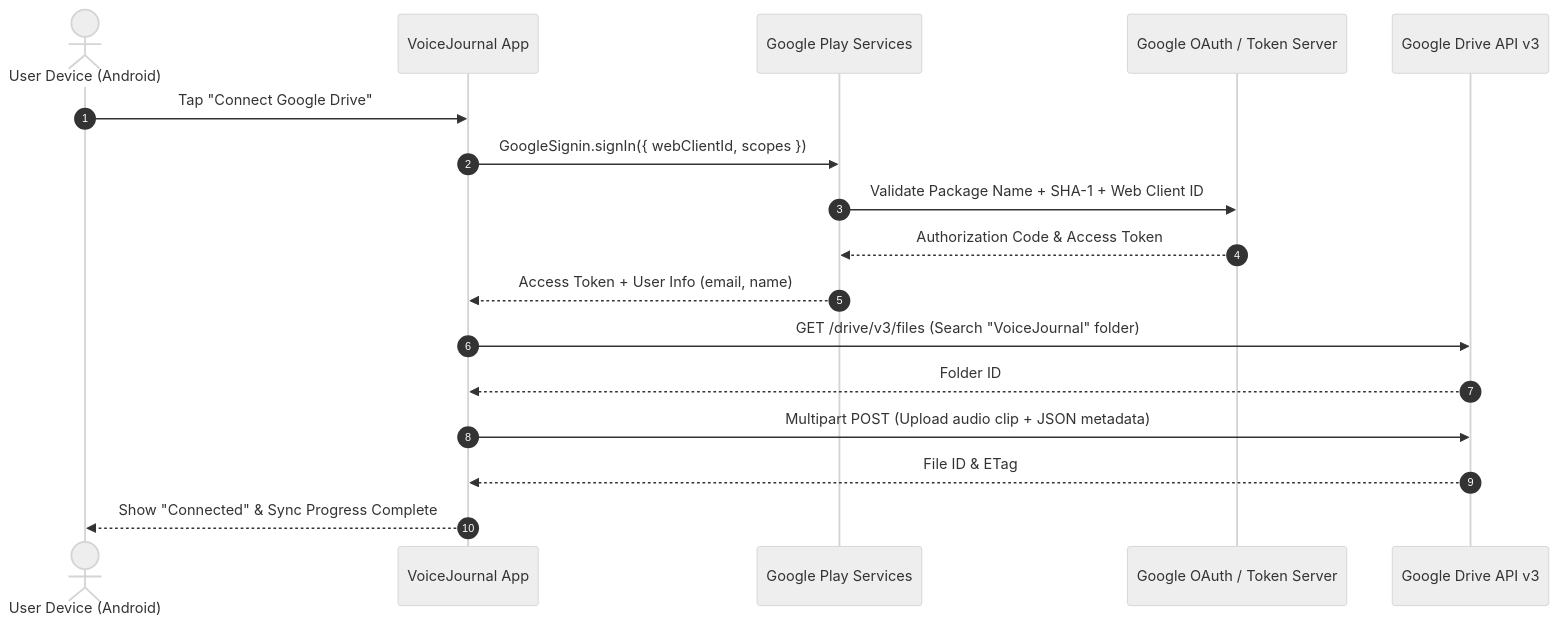
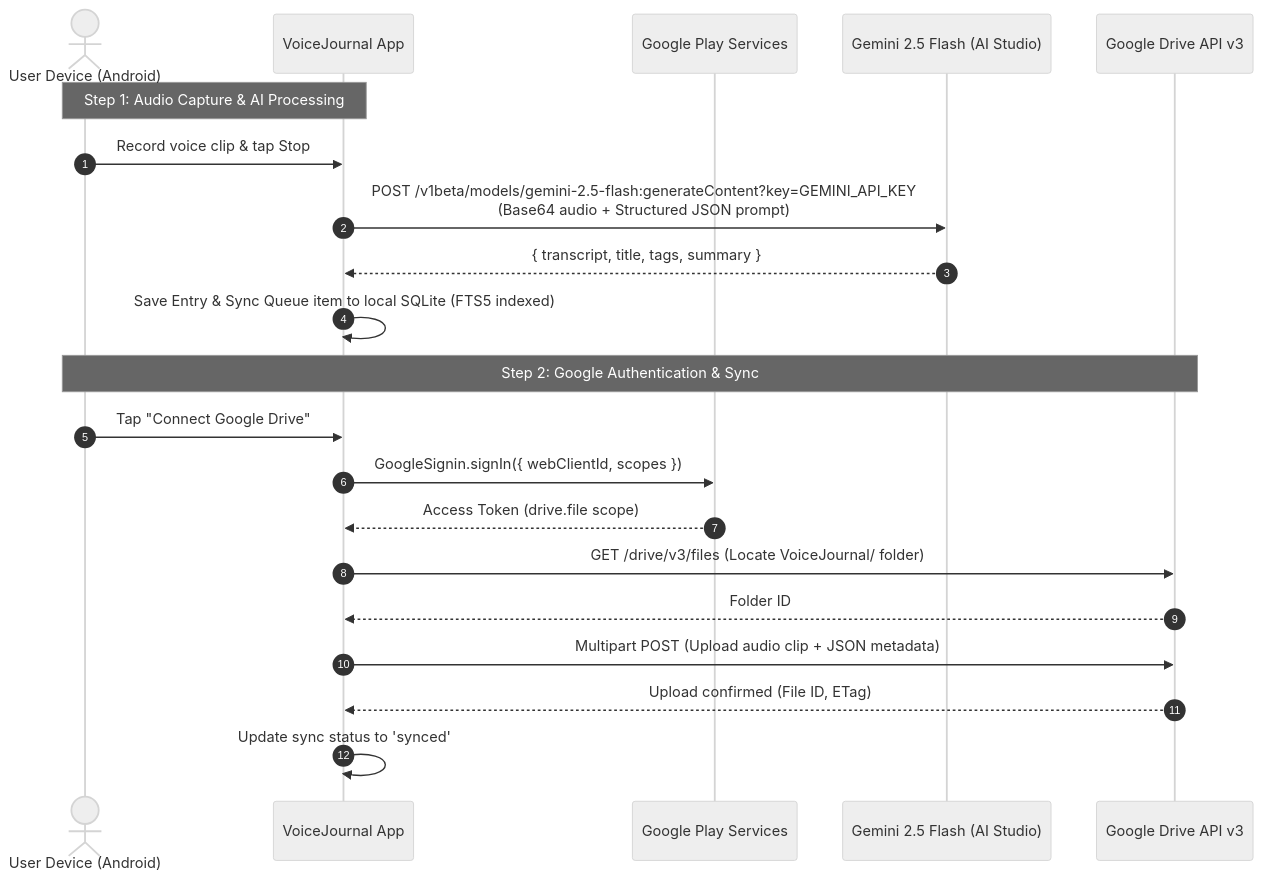
One commit to ejfn/voice-journal-app changed the diagram in docs/plans/2026-09-19_gcp-setup-plan.md. Above: the diagram before and after it, drawn with Mermaid (neutral theme). The commit also changed other lines of this file and 2 other files, not shown here.

First line of the commit message:
docs: add Gemini API key setup instructions to setup plan (#2)

````diff
--- a/docs/plans/2026-09-19_gcp-setup-plan.md
+++ b/docs/plans/2026-09-19_gcp-setup-plan.md
@@ -25,20 +28,25 @@
 ```mermaid
 sequenceDiagram
     autonumber
     actor User as User Device (Android)
     participant App as VoiceJournal App
     participant GPS as Google Play Services
-    participant GCP as Google OAuth / Token Server
+    participant Gemini as Gemini 2.5 Flash (AI Studio)
     participant Drive as Google Drive API v3
 
+    Note over User,App: Step 1: Audio Capture & AI Processing
+    User->>App: Record voice clip & tap Stop
+    App->>Gemini: POST /v1beta/models/gemini-2.5-flash:generateContent?key=GEMINI_API_KEY<br/>(Base64 audio + Structured JSON prompt)
+    Gemini-->>App: { transcript, title, tags, summary }
+    App->>App: Save Entry & Sync Queue item to local SQLite (FTS5 indexed)
+
+    Note over User,Drive: Step 2: Google Authentication & Sync
     User->>App: Tap "Connect Google Drive"
     App->>GPS: GoogleSignin.signIn({ webClientId, scopes })
-    GPS->>GCP: Validate Package Name + SHA-1 + Web Client ID
-    GCP-->>GPS: Authorization Code & Access Token
-    GPS-->>App: Access Token + User Info (email, name)
-    App->>Drive: GET /drive/v3/files (Search "VoiceJournal" folder)
+    GPS-->>App: Access Token (drive.file scope)
+    App->>Drive: GET /drive/v3/files (Locate VoiceJournal/ folder)
     Drive-->>App: Folder ID
     App->>Drive: Multipart POST (Upload audio clip + JSON metadata)
-    Drive-->>App: File ID & ETag
-    App-->>User: Show "Connected" & Sync Progress Complete
+    Drive-->>App: Upload confirmed (File ID, ETag)
+    App->>App: Update sync status to 'synced'
 ```
````
